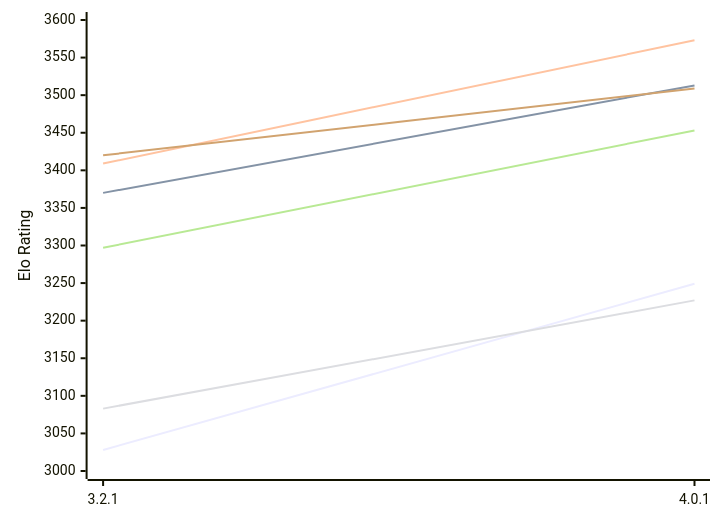
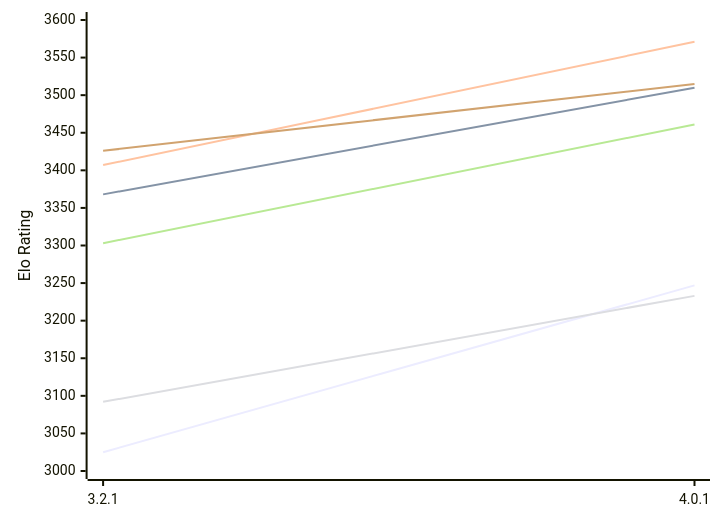
Before and after one commit to computer-chess-index/cci: the first of 2 diagrams in engines/Prune.md, drawn with Mermaid. The commit also changed other lines of this file, not shown here.

Commit message:
Update CCI Ratings (ELO VLTC) - 2026-11-23

````diff
--- a/engines/Prune.md
+++ b/engines/Prune.md
@@ -56,12 +56,12 @@
 ```mermaid
 %%{init: {"theme":"base","themeVariables":{"seriesColors:['#a3a3a3','#222221','#faa371']}}}%%
 xychart-beta
   x-axis ["3.2.1", "4.0.1"]
   y-axis "Elo Rating" 3000 --> 3600
-  line "E1: STC (8.0+0.08s)" [3028, 3249]
-  line "E1: LTC (60.0+0.60s)" [3370, 3513]
-  line "E1: VLTC (2m24s+1.12s)" [3409, 3573]
-  line "P1: STC (8.0+0.08s)" [3083, 3227]
-  line "P1: LTC (60.0+0.60s)" [3297, 3453]
-  line "P1: VLTC (2m24s+1.12s)" [3420, 3509]
+  line "E1: STC (8.0+0.08s)" [3025, 3247]
+  line "E1: LTC (60.0+0.60s)" [3368, 3510]
+  line "E1: VLTC (2m24s+1.12s)" [3407, 3571]
+  line "P1: STC (8.0+0.08s)" [3092, 3233]
+  line "P1: LTC (60.0+0.60s)" [3303, 3461]
+  line "P1: VLTC (2m24s+1.12s)" [3426, 3515]
 ```
````
